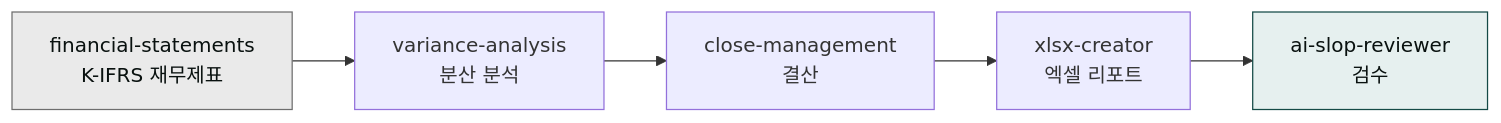
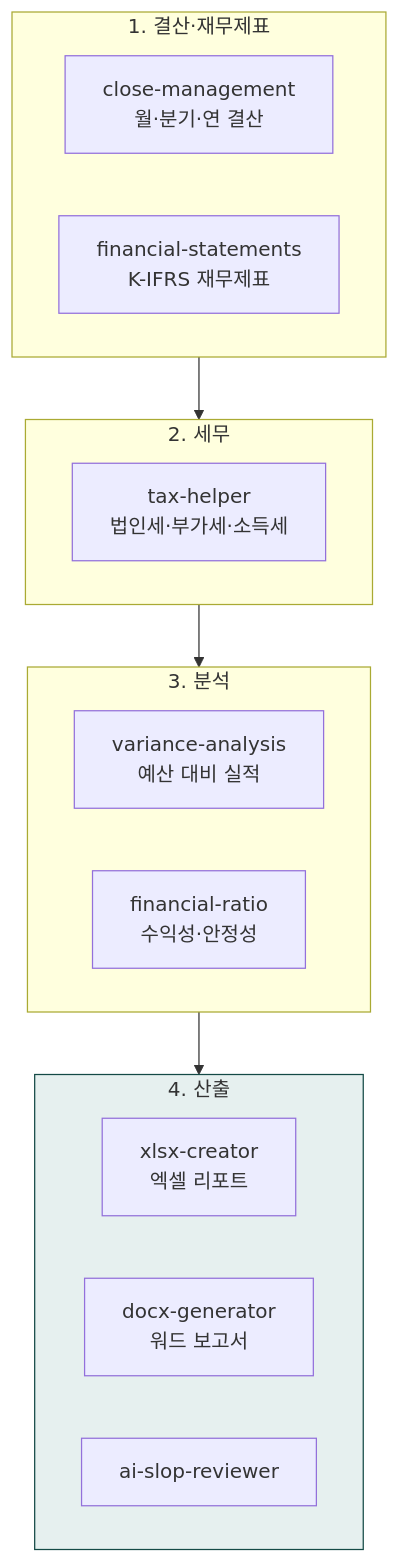
The first of 2 diagrams in content/cookbook/tracks/track-finance.md (modu-ai/claude), drawn with Mermaid before and after one commit. The commit also changed other lines of this file and 92 other files, not shown here.

````diff
--- a/content/cookbook/tracks/track-finance.md
+++ b/content/cookbook/tracks/track-finance.md
@@ -13,10 +14,21 @@
 ```mermaid
-flowchart LR
-    A["financial-statements<br/>K-IFRS 재무제표"] --> B["variance-analysis<br/>분산 분석"]
-    B --> C["close-management<br/>결산"]
-    C --> D["xlsx-creator<br/>엑셀 리포트"]
-    D --> E["ai-slop-reviewer<br/>검수"]
-
-    style A fill:#eaeaea,stroke:#6e6e6e,color:#09110f
-    style E fill:#e6f0ef,stroke:#144a46,color:#09110f
+flowchart TD
+    subgraph 결산["1. 결산·재무제표"]
+        A1["close-management<br/>월·분기·연 결산"]
+        A2["financial-statements<br/>K-IFRS 재무제표"]
+    end
+    subgraph 세무["2. 세무"]
+        B1["tax-helper<br/>법인세·부가세·소득세"]
+    end
+    subgraph 분석["3. 분석"]
+        C1["variance-analysis<br/>예산 대비 실적"]
+        C2["financial-ratio<br/>수익성·안정성"]
+    end
+    subgraph 산출["4. 산출"]
+        D1["xlsx-creator<br/>엑셀 리포트"]
+        D2["docx-generator<br/>워드 보고서"]
+        D3["ai-slop-reviewer"]
+    end
+    결산 --> 세무 --> 분석 --> 산출
+    style 산출 fill:#e6f0ef,stroke:#144a46
 ```
````
